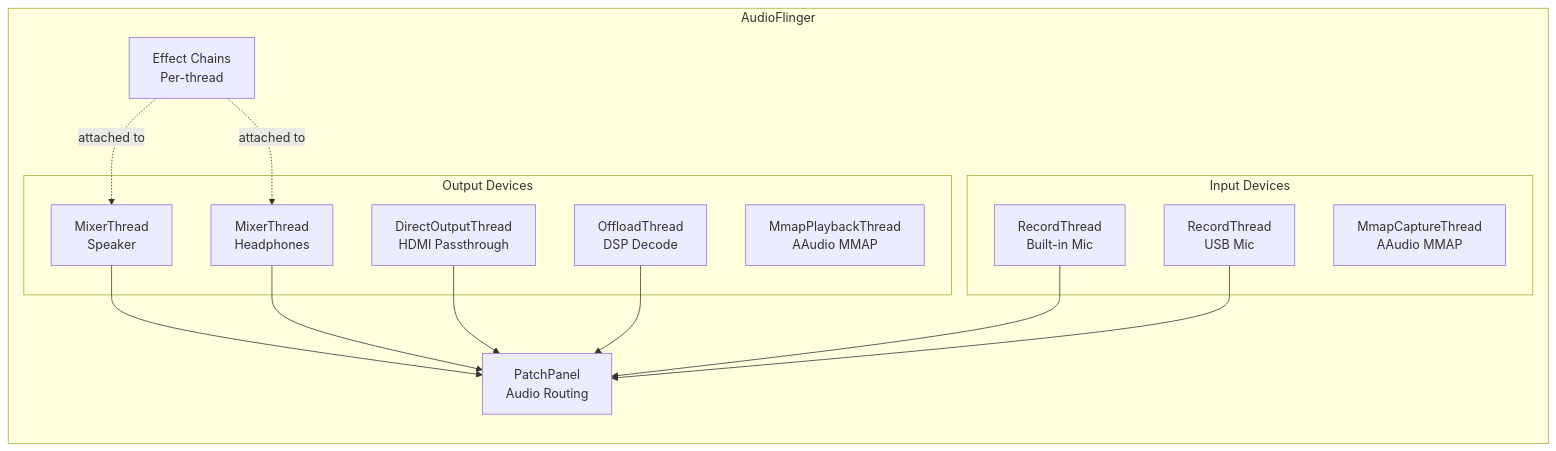
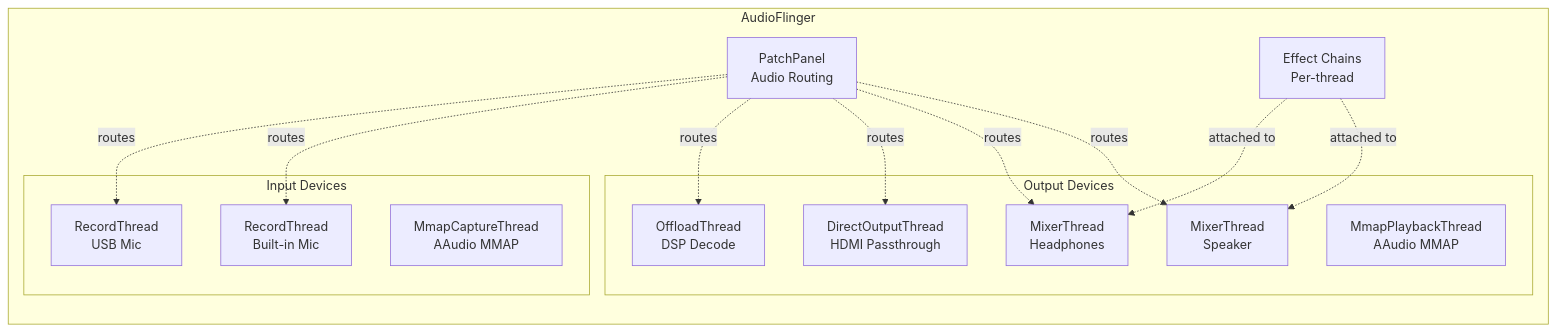
Diagram 16 of 29 in agents/claude/skills/aosp-native-services-and-media/12-native-services.md (aospbooks/aosp-internal-book), drawn with Mermaid before and after one commit. The commit also changed other lines of this file and 218 other files, not shown here.

````diff
--- a/agents/claude/skills/aosp-native-services-and-media/12-native-services.md
+++ b/agents/claude/skills/aosp-native-services-and-media/12-native-services.md
@@ -1547,31 +1615,31 @@
 ```mermaid
 graph TB
     subgraph "AudioFlinger"
         direction TB
         subgraph "Output Devices"
             MT1["MixerThread<br/>Speaker"]
             MT2["MixerThread<br/>Headphones"]
             DOT["DirectOutputThread<br/>HDMI Passthrough"]
             OT["OffloadThread<br/>DSP Decode"]
             MMAP["MmapPlaybackThread<br/>AAudio MMAP"]
         end
 
         subgraph "Input Devices"
             RT1["RecordThread<br/>Built-in Mic"]
             RT2["RecordThread<br/>USB Mic"]
             MMAPR["MmapCaptureThread<br/>AAudio MMAP"]
         end
 
         PP["PatchPanel<br/>Audio Routing"]
         EC["Effect Chains<br/>Per-thread"]
     end
 
-    MT1 --> PP
-    MT2 --> PP
-    DOT --> PP
-    OT --> PP
-    RT1 --> PP
-    RT2 --> PP
+    PP -.->|routes| MT1
+    PP -.->|routes| MT2
+    PP -.->|routes| DOT
+    PP -.->|routes| OT
+    PP -.->|routes| RT1
+    PP -.->|routes| RT2
     EC -.->|attached to| MT1
     EC -.->|attached to| MT2
 ```
````
